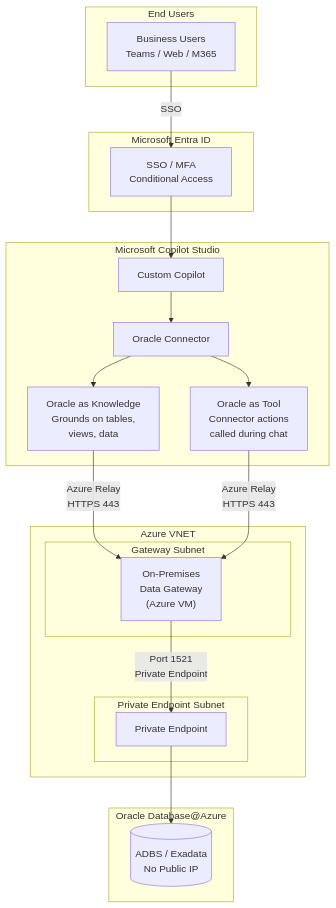
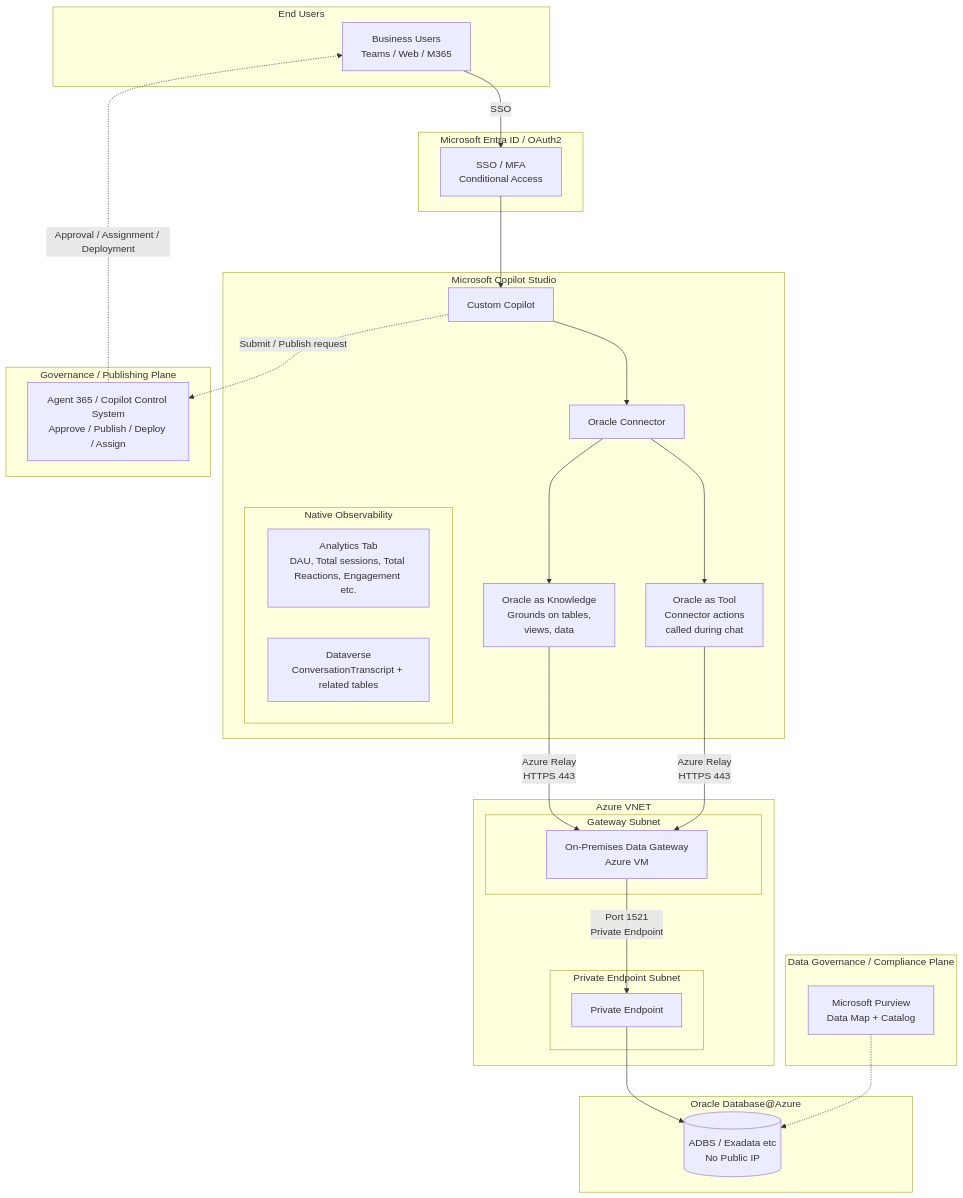
Before and after one commit to ryellajo12/ODAA-AI-Playbook: the first of 4 diagrams in docs/03-copilot-studio.md, drawn with Mermaid. The commit also changed other lines of this file, not shown here.

Commit message:
Replace copilot-studio.md with editsv3 version: add MCP + ORDS patterns, observability, Agent365 governance

````diff
--- a/docs/03-copilot-studio.md
+++ b/docs/03-copilot-studio.md
@@ -13,40 +23,56 @@
 ```mermaid
 graph TB
-    subgraph Users["End Users"]
-        BU["Business Users<br/>Teams / Web / M365"]
+    subgraph Users[End Users]
+        BU[Business Users<br/>Teams / Web / M365]
     end
 
-    subgraph EntraID["Microsoft Entra ID"]
-        AUTH["SSO / MFA<br/>Conditional Access"]
+    subgraph EntraID[Microsoft Entra ID / OAuth2]
+        AUTH[SSO / MFA<br/>Conditional Access]
     end
 
-    subgraph CS["Microsoft Copilot Studio"]
-        COP["Custom Copilot"]
-        C["Oracle Connector"]
-        K["Oracle as Knowledge<br/>Grounds on tables,<br/>views, data"]
-        T["Oracle as Tool<br/>Connector actions<br/>called during chat"]
-    end
-
-    subgraph VNET["Azure VNET"]
-        subgraph GWSub["Gateway Subnet"]
-            GATEWAY["On-Premises<br/>Data Gateway<br/>(Azure VM)"]
-        end
-        subgraph PESub["Private Endpoint Subnet"]
-            PE["Private Endpoint"]
+    subgraph CS[Microsoft Copilot Studio]
+        COP[Custom Copilot]
+        C[Oracle Connector]
+        K[Oracle as Knowledge<br/>Grounds on tables,<br/>views, data]
+        T[Oracle as Tool<br/>Connector actions<br/>called during chat]
+        subgraph OBS[Native Observability]
+            AN[Analytics Tab<br/>DAU, Total sessions, Total Reactions, Engagement etc.]
+            DV[Dataverse<br/>ConversationTranscript + related tables]
         end
     end
 
-    subgraph ODA["Oracle Database@Azure"]
-        DB[("ADBS / Exadata<br/>No Public IP")]
+    subgraph PURV[Data Governance / Compliance Plane]
+        PURVIEW[Microsoft Purview<br/>Data Map + Catalog]
+    end
+
+    subgraph GOV[Governance / Publishing Plane]
+        A365[Agent 365 / Copilot Control System<br/>Approve / Publish / Deploy / Assign]
+    end
+
+    subgraph VNET[Azure VNET]
+        subgraph GWSub[Gateway Subnet]
+            GATEWAY[On-Premises Data Gateway<br/>Azure VM]
+        end
+        subgraph PESub[Private Endpoint Subnet]
+            PE[Private Endpoint]
+        end
+    end
+
+    subgraph ODA[Oracle Database@Azure]
+        DB[(ADBS / Exadata etc<br/>No Public IP)]
     end
 
     BU -->|SSO| AUTH
     AUTH --> COP
     COP --> C
     C --> K
     C --> T
     K -->|Azure Relay<br/>HTTPS 443| GATEWAY
     T -->|Azure Relay<br/>HTTPS 443| GATEWAY
     GATEWAY -->|Port 1521<br/>Private Endpoint| PE
     PE --> DB
+
+    COP -.->|Submit / Publish request| A365
+    A365 -.->|Approval / Assignment / Deployment| BU
+    PURVIEW -.-> DB
 ```
````
